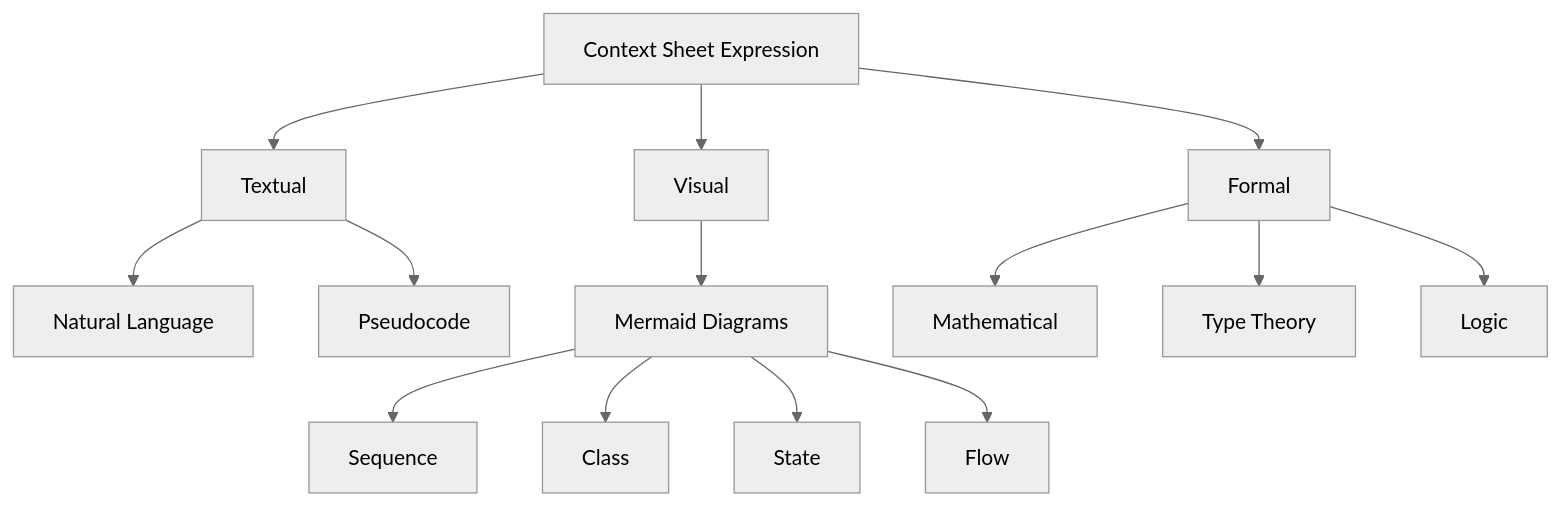
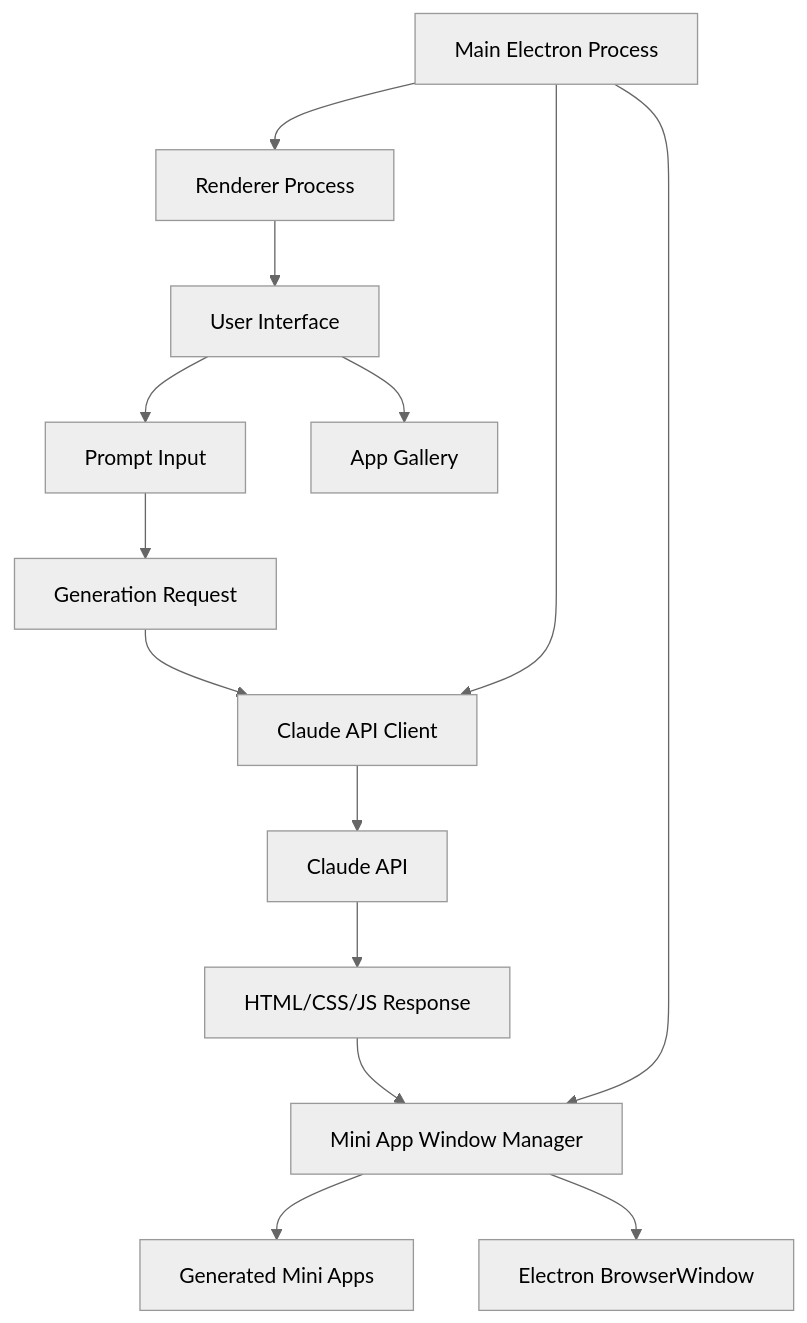
Before and after one commit to NerdNest-Engineering/lahat: the first of 2 diagrams in context_sheets/README.md, drawn with Mermaid (neutral theme). The commit also changed other lines of this file and 8 other files, not shown here.

````diff
--- a/context_sheets/README.md
+++ b/context_sheets/README.md
@@ -103,19 +21,16 @@
 ```mermaid
 graph TD
-    A[Context Sheet Expression] --> B[Textual]
-    A --> C[Visual]
-    A --> D[Formal]
-    
-    B --> E[Natural Language]
-    B --> F[Pseudocode]
-    
-    C --> G[Mermaid Diagrams]
-    G --> H[Sequence]
-    G --> I[Class]
-    G --> J[State]
-    G --> K[Flow]
-    
-    D --> L[Mathematical]
-    D --> M[Type Theory]
-    D --> N[Logic]
+    A[Main Electron Process] --> B[Renderer Process]
+    A --> C[Claude API Client]
+    A --> D[Mini App Window Manager]
+    B --> E[User Interface]
+    C --> F[Claude API]
+    D --> G[Generated Mini Apps]
+    E --> H[Prompt Input]
+    E --> I[App Gallery]
+    H --> J[Generation Request]
+    J --> C
+    F --> K[HTML/CSS/JS Response]
+    K --> D
+    D --> L[Electron BrowserWindow]
 ```
````
